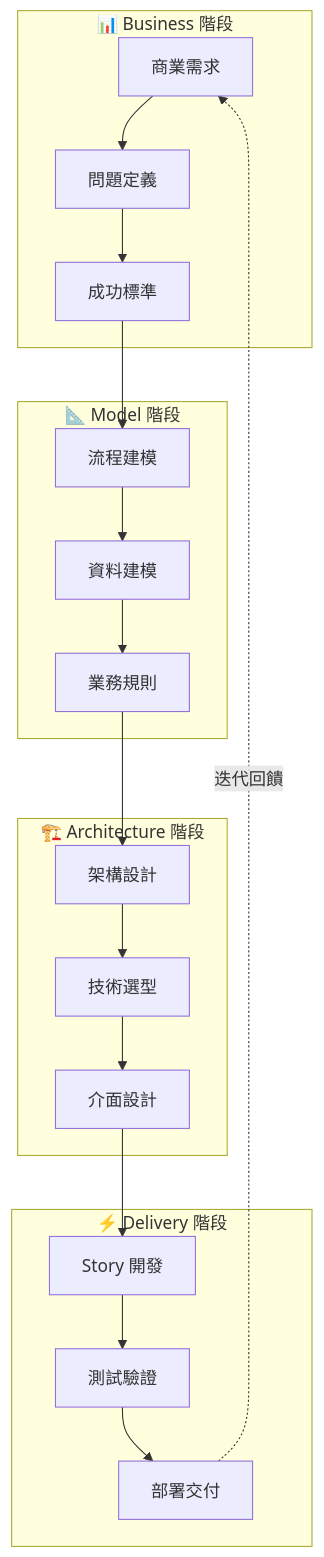
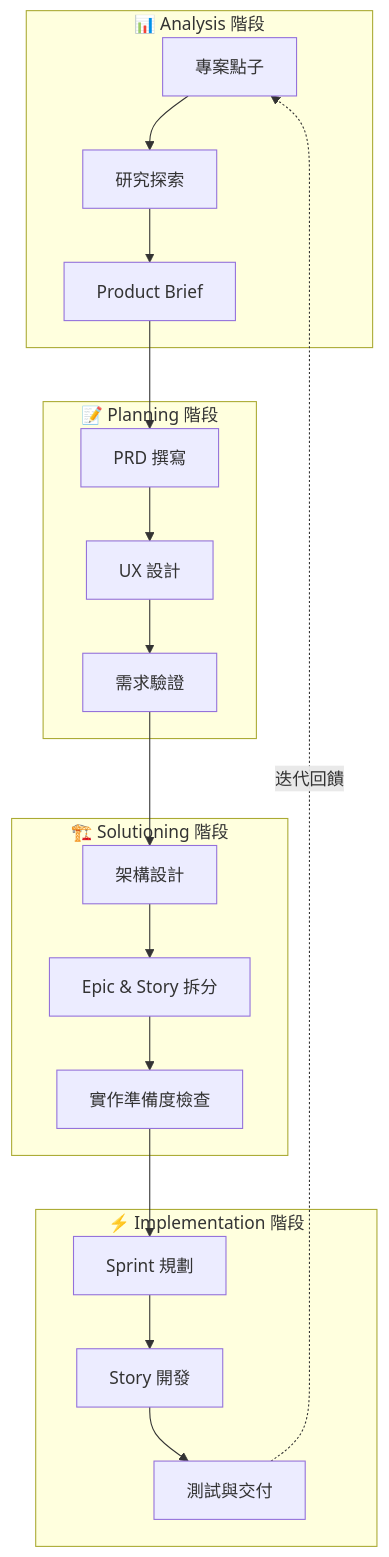
The fourth of 12 diagrams in content/posts/教學/AI開發/BMAD-METHOD使用教學.md (chihhung/Blog), drawn with Mermaid before and after one commit. The commit also changed other lines of this file and 2 other files, not shown here.

````diff
--- a/content/posts/教學/AI開發/BMAD-METHOD使用教學.md
+++ b/content/posts/教學/AI開發/BMAD-METHOD使用教學.md
@@ -476,28 +538,28 @@
 ```mermaid
 flowchart TD
-    subgraph Business["📊 Business 階段"]
-        B1[商業需求] --> B2[問題定義]
-        B2 --> B3[成功標準]
+    subgraph Analysis["📊 Analysis 階段"]
+        B1[專案點子] --> B2[研究探索]
+        B2 --> B3[Product Brief]
     end
     
-    subgraph Model["📐 Model 階段"]
-        M1[流程建模] --> M2[資料建模]
-        M2 --> M3[業務規則]
+    subgraph Planning["📝 Planning 階段"]
+        M1[PRD 撰寫] --> M2[UX 設計]
+        M2 --> M3[需求驗證]
     end
     
-    subgraph Architecture["🏗️ Architecture 階段"]
-        A1[架構設計] --> A2[技術選型]
-        A2 --> A3[介面設計]
+    subgraph Solutioning["🏗️ Solutioning 階段"]
+        A1[架構設計] --> A2[Epic & Story 拆分]
+        A2 --> A3[實作準備度檢查]
     end
     
-    subgraph Delivery["⚡ Delivery 階段"]
-        D1[Story 開發] --> D2[測試驗證]
-        D2 --> D3[部署交付]
+    subgraph Implementation["⚡ Implementation 階段"]
+        D1[Sprint 規劃] --> D2[Story 開發]
+        D2 --> D3[測試與交付]
     end
     
     B3 --> M1
     M3 --> A1
     A3 --> D1
     
     D3 -.->|迭代回饋| B1
 ```
````
